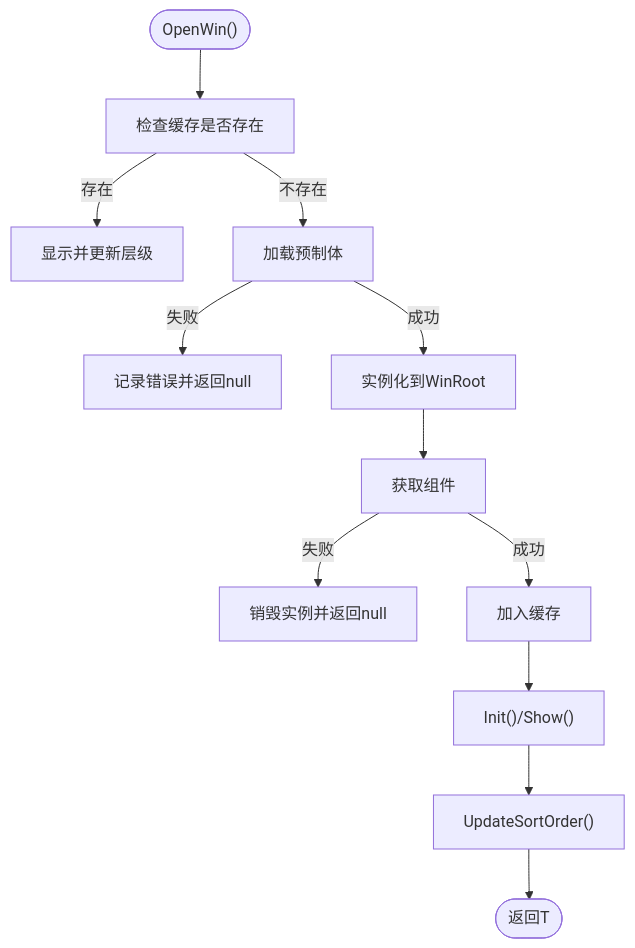
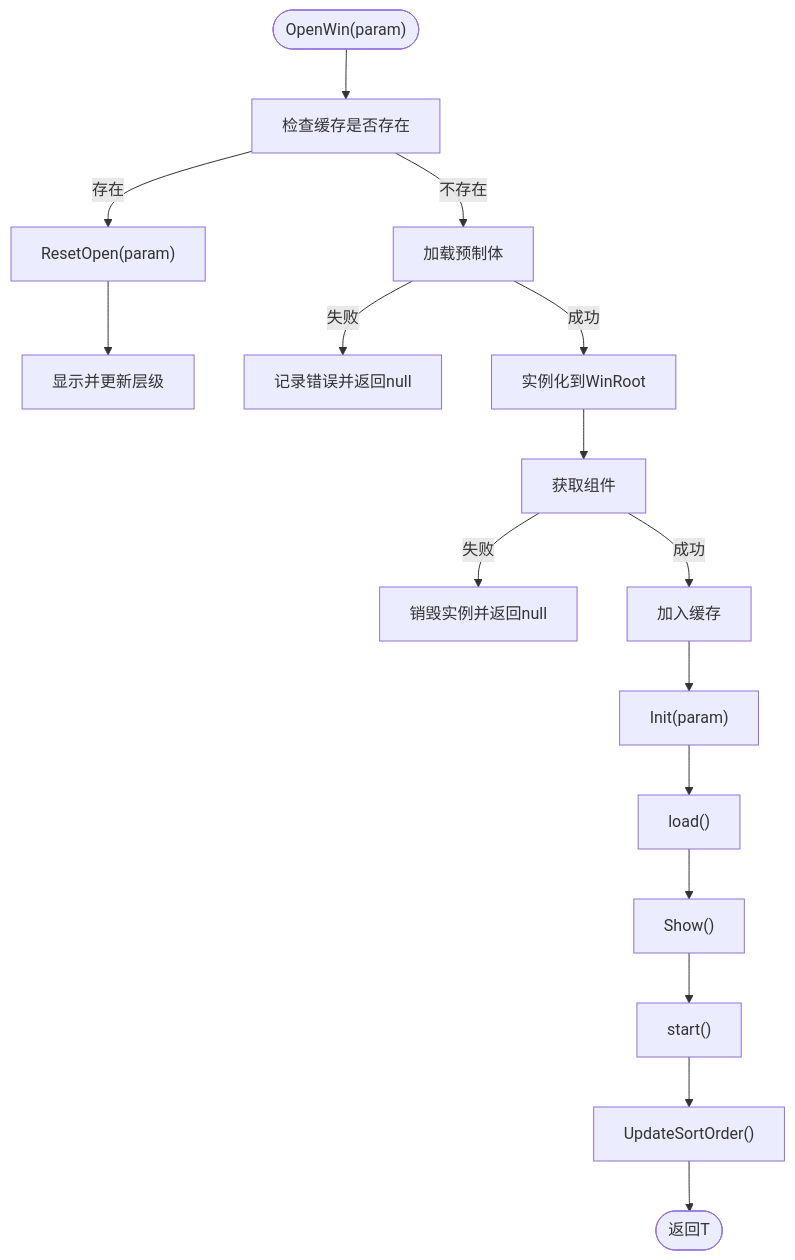
The fourth of 9 diagrams in .qoder/repowiki/zh/content/用户界面系统/窗口管理系统.md (Tuusen/p1_client), drawn with Mermaid before and after one commit. The commit also changed other lines of this file and 21 other files, not shown here.

````diff
--- a/.qoder/repowiki/zh/content/用户界面系统/窗口管理系统.md
+++ b/.qoder/repowiki/zh/content/用户界面系统/窗口管理系统.md
@@ -222,14 +239,18 @@
 ```mermaid
 flowchart TD
-Start(["OpenWin<T>()"]) --> CheckCache["检查缓存是否存在"]
-CheckCache --> |存在| ShowCached["显示并更新层级"]
+Start(["OpenWin<T>(param)"]) --> CheckCache["检查缓存是否存在"]
+CheckCache --> |存在| ResetParam["ResetOpen(param)"]
+ResetParam --> ShowCached["显示并更新层级"]
 CheckCache --> |不存在| LoadPrefab["加载预制体"]
 LoadPrefab --> |失败| LogError["记录错误并返回null"]
 LoadPrefab --> |成功| Instantiate["实例化到WinRoot"]
 Instantiate --> GetComponent["获取<T>组件"]
 GetComponent --> |失败| DestroyObj["销毁实例并返回null"]
 GetComponent --> |成功| Cache["加入缓存"]
-Cache --> InitShow["Init()/Show()"]
-InitShow --> UpdateSort["UpdateSortOrder()"]
+Cache --> InitParam["Init(param)"]
+InitParam --> LoadStage["load()"]
+LoadStage --> ShowStage["Show()"]
+ShowStage --> StartStage["start()"]
+StartStage --> UpdateSort["UpdateSortOrder()"]
 UpdateSort --> End(["返回T"])
 ```
````
